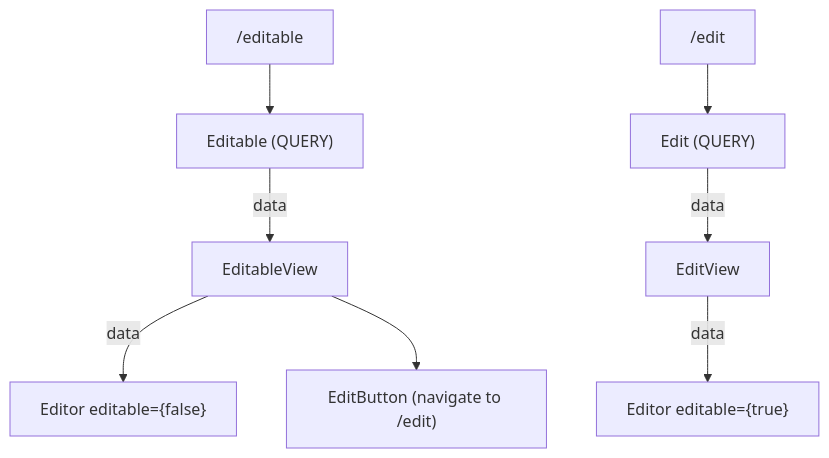
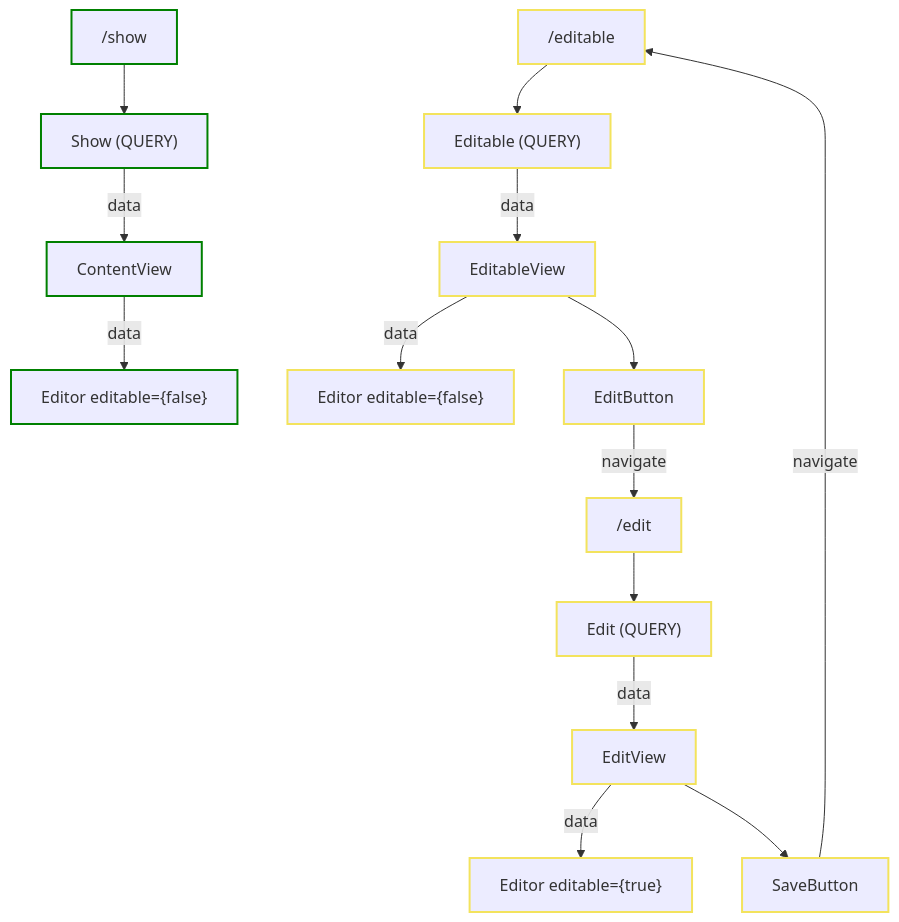
Before and after one commit to dictyBase/frontendx: the diagram in apps/dicty-frontpage/docs/EditableContentFlow.md, drawn with Mermaid. The commit also changed other lines of this file, not shown here.

Commit message:
docs(EditableContentFlow.md): update flowchart to include different user types and add class definitions for styling
The flowchart in EditableContentFlow.md has been updated to include two different user types: regular users (GREEN) and authorized users (YELLOW). The flowchart now shows the flow for both types of users, including the different components and queries involved. Class definitions have also been added to style the flowchart based on the user type, with regular users shown in green and authorized users shown in yellow.

````diff
--- a/apps/dicty-frontpage/docs/EditableContentFlow.md
+++ b/apps/dicty-frontpage/docs/EditableContentFlow.md
@@ -15,18 +6,32 @@
 ```mermaid
 flowchart TD
 
-A["/editable"]
-B["Editable (QUERY)"]
-C[EditableView]
+A["/show"]
+B["Show (QUERY)"]
+C[ContentView]
 D["Editor editable={false}"]
-E["EditButton (navigate to /edit)"]
-F["/edit"]
-G["Edit (QUERY)"]
-H[EditView]
-I["Editor editable={true}"]
 
-A --> B -->|data| C
-C -->|data| D
-C --> E
-F --> G -->|data|H -->|data|I
+A --> B -->|data| C -->|data| D
+
+A2["/editable"]
+B2["Editable (QUERY)"]
+C2[EditableView]
+D2["Editor editable={false}"]
+E2["EditButton"]
+F2["/edit"]
+G2["Edit (QUERY)"]
+H2[EditView]
+I2["Editor editable={true}"]
+J2["SaveButton"]
+
+A2 --> B2 -->|data| C2
+C2 -->|data| D2
+C2 --> E2 -->|navigate| F2 --> G2 -->|data|H2 -->|data|I2
+H2 --> J2 -->|navigate| A2
+
+classDef regularUser stroke:green,stroke-width:2px
+classDef authorizedUser stroke:#f3e35d,stroke-width:2px
+
+class A,B,C,D regularUser
+class A2,B2,C2,D2,E2,F2,G2,H2,I2,J2 authorizedUser
 ```
````
